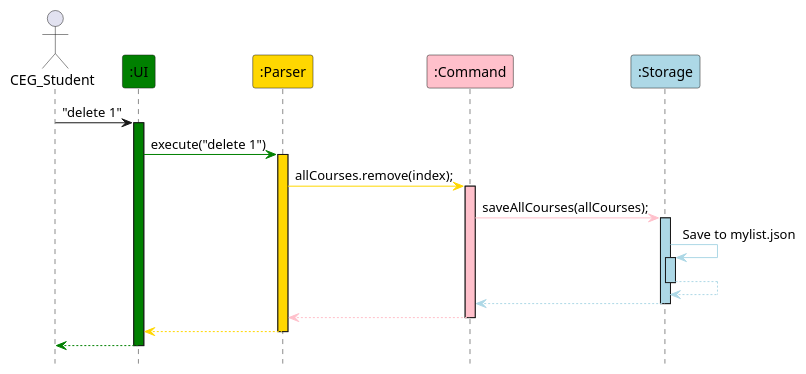
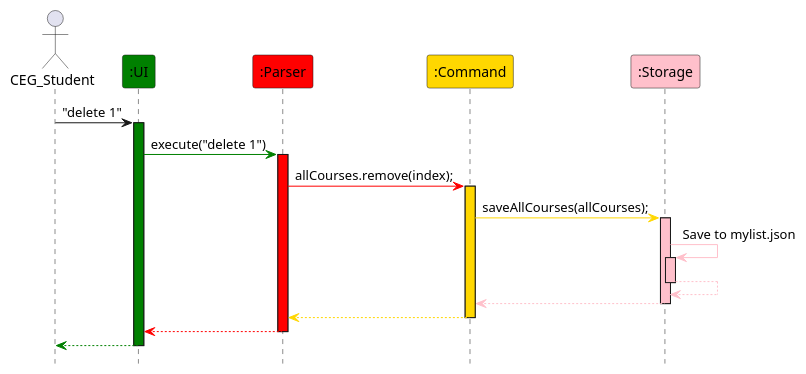
The diagram in uml-diagrams/DesignSequenceDiagram.puml (nus-cs2113-AY2425S1/tp), drawn with PlantUML before and after one commit. The commit also changed 2 other files, not shown here.

Commit message:
Adjust colouring of the diagram

```diff
--- a/uml-diagrams/DesignSequenceDiagram.puml
+++ b/uml-diagrams/DesignSequenceDiagram.puml
@@ -1,39 +1,39 @@
 @startuml
 hide footbox
 
 actor CEG_Student
 participant ":UI" #green
-participant ":Parser" #gold
-participant ":Command" #pink
-participant ":Storage" #lightblue
+participant ":Parser" #red
+participant ":Command" #gold
+participant ":Storage" #pink
 
 CEG_Student -> ":UI" : "delete 1"
 activate ":UI" #green
 
 ":UI" -[#green]> ":Parser" : execute("delete 1")
-activate ":Parser" #gold
+activate ":Parser" #red
 
-":Parser" -[#gold]> ":Command" : allCourses.remove(index);
-activate ":Command" #pink
+":Parser" -[#red]> ":Command" : allCourses.remove(index);
+activate ":Command" #gold
 
-":Command" -[#pink]> ":Storage" : saveAllCourses(allCourses);
-activate ":Storage" #lightblue
+":Command" -[#gold]> ":Storage" : saveAllCourses(allCourses);
+activate ":Storage" #pink
 
-":Storage" -[#lightblue]> ":Storage" : Save to mylist.json
-activate ":Storage" #lightblue
+":Storage" -[#pink]> ":Storage" : Save to mylist.json
+activate ":Storage" #pink
 
-":Storage" -[#lightblue]-> ":Storage"
+":Storage" -[#pink]-> ":Storage"
 deactivate ":Storage"
-":Storage" -[#lightblue]-> ":Command"
+":Storage" -[#pink]-> ":Command"
 deactivate ":Storage"
 
-":Command" -[#pink]-> ":Parser"
+":Command" -[#gold]-> ":Parser"
 deactivate ":Command"
 
-":Parser" -[#gold]-> ":UI"
+":Parser" -[#red]-> ":UI"
 deactivate ":Parser"
 
 ":UI" -[#green]-> CEG_Student
 deactivate ":UI"
 
 @enduml
```
